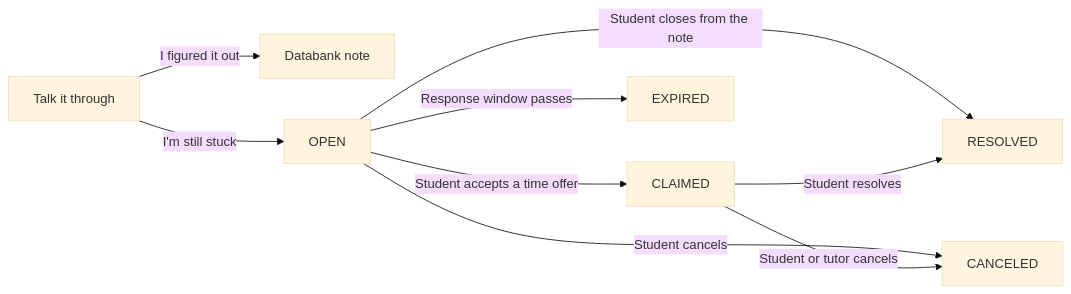
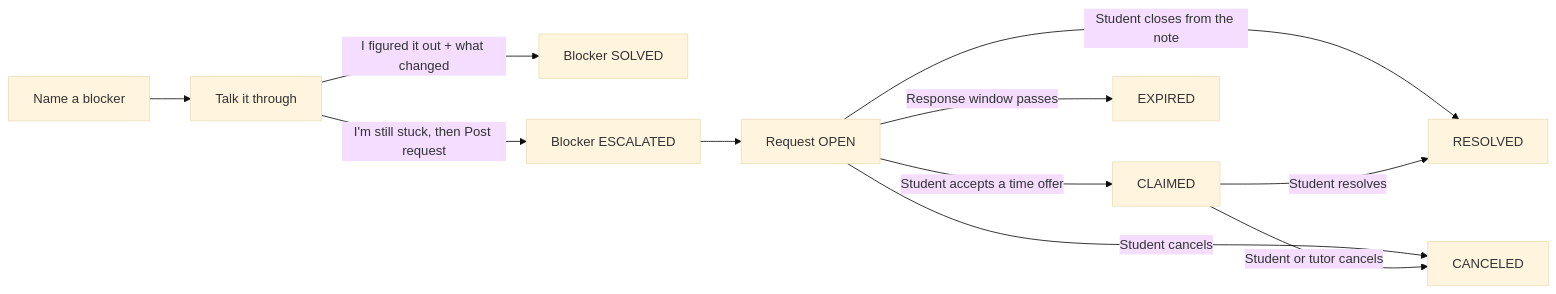
One commit to scw5604/LearnIT changed the diagram in docs/IMPLEMENTATION.md. Above: the diagram before and after it, drawn with Mermaid (base theme). The commit also changed other lines of this file and 41 other files, not shown here.

Commit message:
Start the student at My blockers, keep each blocker with what changed, and ask for booking details only when still stuck.

````diff
--- a/docs/IMPLEMENTATION.md
+++ b/docs/IMPLEMENTATION.md
@@ -43,11 +45,13 @@
 ```mermaid
 flowchart LR
-    duck["Talk it through"] -->|"I figured it out"| bank["Databank note"]
-    duck -->|"I'm still stuck"| OPEN["OPEN"]
+    name["Name a blocker"] --> duck["Talk it through"]
+    duck -->|"I figured it out + what changed"| SOLVED["Blocker SOLVED"]
+    duck -->|"I'm still stuck, then Post request"| ESCALATED["Blocker ESCALATED"]
+    ESCALATED --> OPEN["Request OPEN"]
     OPEN -->|"Student closes from the note"| RESOLVED["RESOLVED"]
     OPEN -->|"Student accepts a time offer"| CLAIMED["CLAIMED"]
     OPEN -->|"Response window passes"| EXPIRED["EXPIRED"]
     OPEN -->|"Student cancels"| CANCELED["CANCELED"]
     CLAIMED -->|"Student or tutor cancels"| CANCELED
     CLAIMED -->|"Student resolves"| RESOLVED
 ```
````
